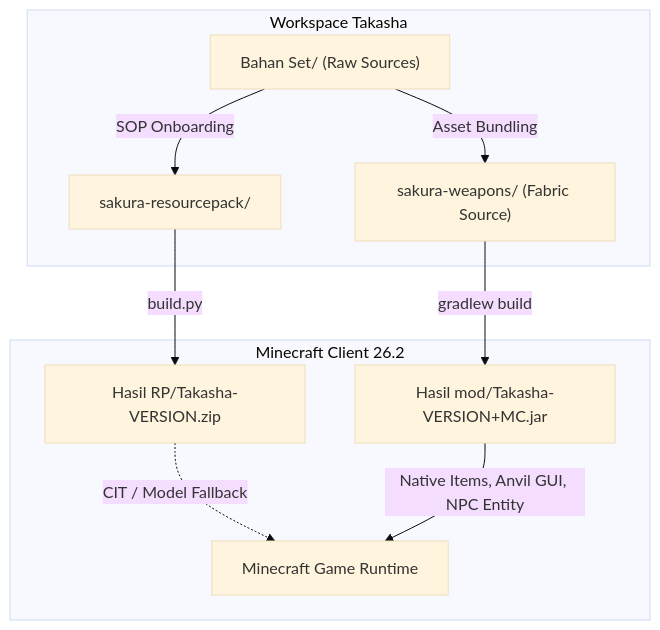
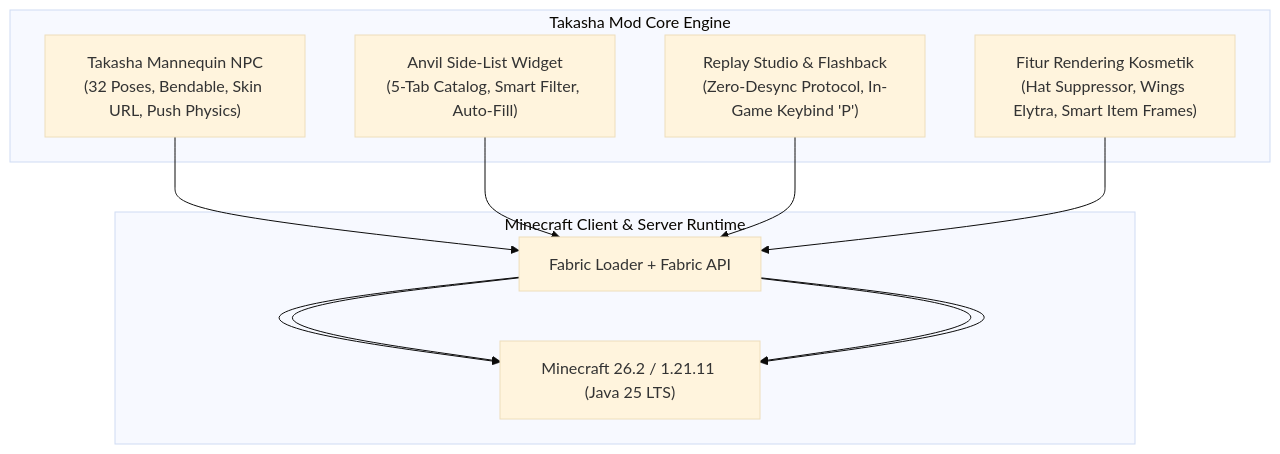
The first of 2 diagrams in README.md (alief03/Takasha), drawn with Mermaid (base theme) before and after one commit. The commit also changed other lines of this file and 2 other files, not shown here.

````diff
--- a/README.md
+++ b/README.md
@@ -55,19 +56,19 @@
 ```mermaid
 graph TD
-    subgraph "Workspace Takasha"
-        RAW["Bahan Set/ (Raw Sources)"]
-        SRC_RP["sakura-resourcepack/"]
-        SRC_MOD["sakura-weapons/ (Fabric Source)"]
+    subgraph "Takasha Mod Core Engine"
+        NPC["Takasha Mannequin NPC<br/>(32 Poses, Bendable, Skin URL, Push Physics)"]
+        ANVIL["Anvil Side-List Widget<br/>(5-Tab Catalog, Smart Filter, Auto-Fill)"]
+        REPLAY["Replay Studio & Flashback<br/>(Zero-Desync Protocol, In-Game Keybind 'P')"]
+        COSMETICS["Fitur Rendering Kosmetik<br/>(Hat Suppressor, Wings Elytra, Smart Item Frames)"]
     end
 
-    RAW -->|SOP Onboarding| SRC_RP
-    RAW -->|Asset Bundling| SRC_MOD
+    subgraph "Minecraft Client & Server Runtime"
+        ENGINE["Minecraft 26.2 / 1.21.11 (Java 25 LTS)"]
+        FABRIC["Fabric Loader + Fabric API"]
+    end
 
-    SRC_RP -->|build.py| OUT_RP["Hasil RP/Takasha-VERSION.zip"]
-    SRC_MOD -->|gradlew build| OUT_MOD["Hasil mod/Takasha-VERSION+MC.jar"]
-
-    subgraph "Minecraft Client 26.2"
-        OUT_RP -.->|CIT / Model Fallback| MC_RUN["Minecraft Game Runtime"]
-        OUT_MOD -->|Native Items, Anvil GUI, NPC Entity| MC_RUN
-    end
+    NPC --> FABRIC --> ENGINE
+    ANVIL --> FABRIC --> ENGINE
+    REPLAY --> FABRIC --> ENGINE
+    COSMETICS --> FABRIC --> ENGINE
 ```
````
